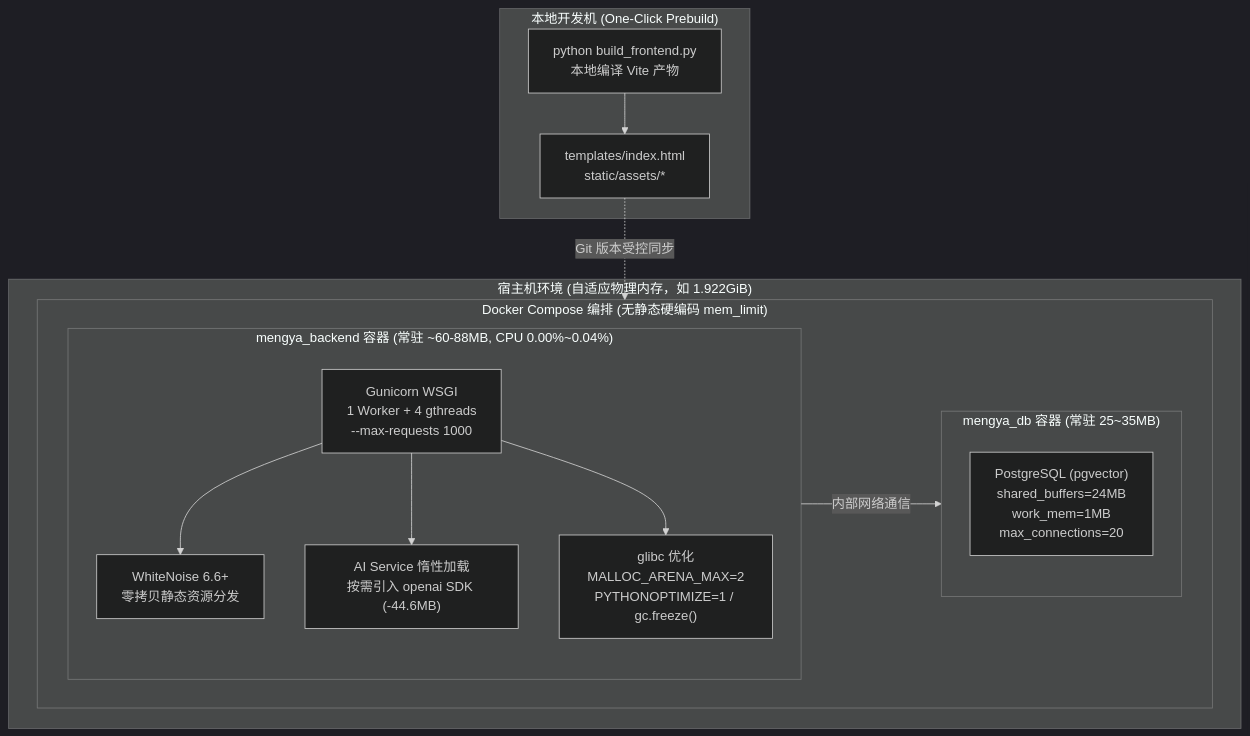
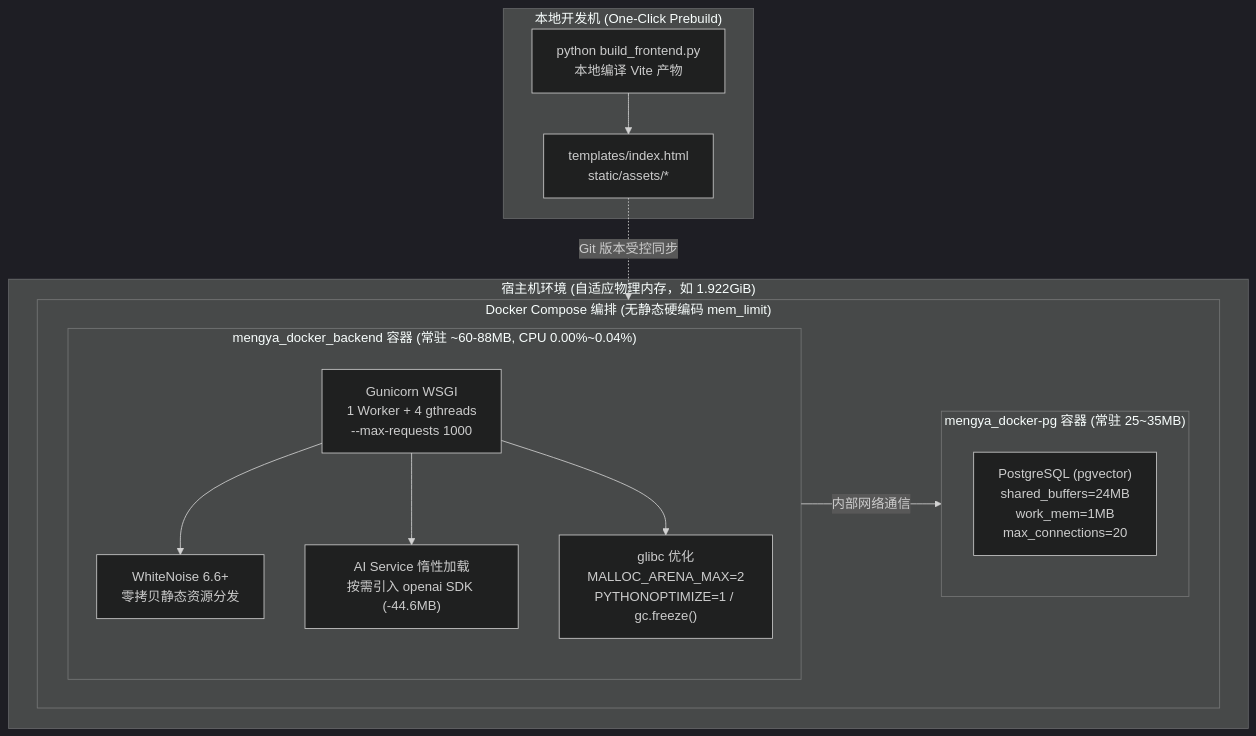
The seventh of 7 diagrams in Project_System_Design.md (18227370901/mengya-docker), drawn with Mermaid (dark theme) before and after one commit. The commit also changed other lines of this file and 10 other files, not shown here.

````diff
--- a/Project_System_Design.md
+++ b/Project_System_Design.md
@@ -685,31 +685,31 @@
 ```mermaid
 flowchart TD
     subgraph HostEnv["宿主机环境 (自适应物理内存，如 1.922GiB)"]
         subgraph DockerCompose["Docker Compose 编排 (无静态硬编码 mem_limit)"]
             
-            subgraph BackendContainer["mengya_backend 容器 (常驻 ~60-88MB, CPU 0.00%~0.04%)"]
+            subgraph BackendContainer["mengya_docker_backend 容器 (常驻 ~60-88MB, CPU 0.00%~0.04%)"]
                 Gunicorn["Gunicorn WSGI<br/>1 Worker + 4 gthreads<br/>--max-requests 1000"]
                 WhiteNoise["WhiteNoise 6.6+<br/>零拷贝静态资源分发"]
                 LazyAI["AI Service 惰性加载<br/>按需引入 openai SDK (-44.6MB)"]
                 Allocator["glibc 优化<br/>MALLOC_ARENA_MAX=2<br/>PYTHONOPTIMIZE=1 / gc.freeze()"]
                 Gunicorn --> WhiteNoise
                 Gunicorn --> LazyAI
                 Gunicorn --> Allocator
             end
 
-            subgraph DBContainer["mengya_db 容器 (常驻 25~35MB)"]
+            subgraph DBContainer["mengya_docker-pg 容器 (常驻 25~35MB)"]
                 PG["PostgreSQL (pgvector)<br/>shared_buffers=24MB<br/>work_mem=1MB<br/>max_connections=20"]
             end
 
             BackendContainer -->|内部网络通信| DBContainer
         end
     end
 
     subgraph LocalDev["本地开发机 (One-Click Prebuild)"]
         BuildScript["python build_frontend.py<br/>本地编译 Vite 产物"]
         Assets["templates/index.html<br/>static/assets/*"]
         BuildScript --> Assets
     end
 
     Assets -.->|Git 版本受控同步| DockerCompose
 ```
````
